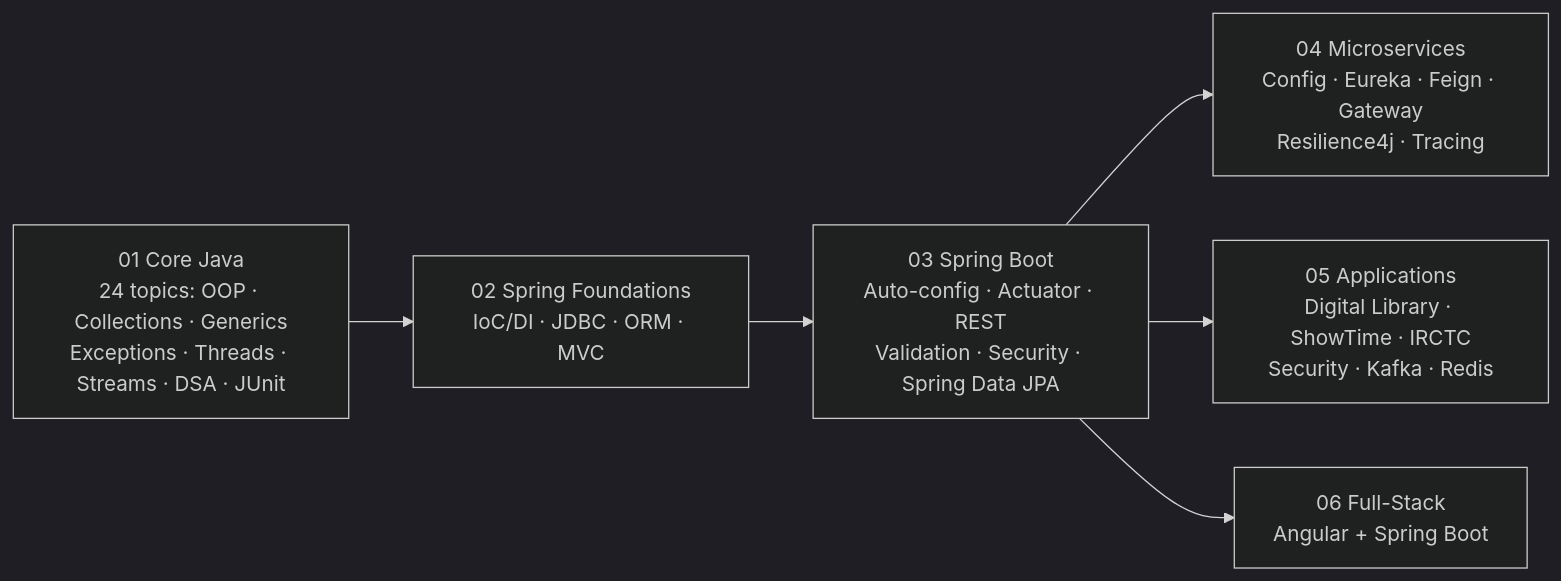
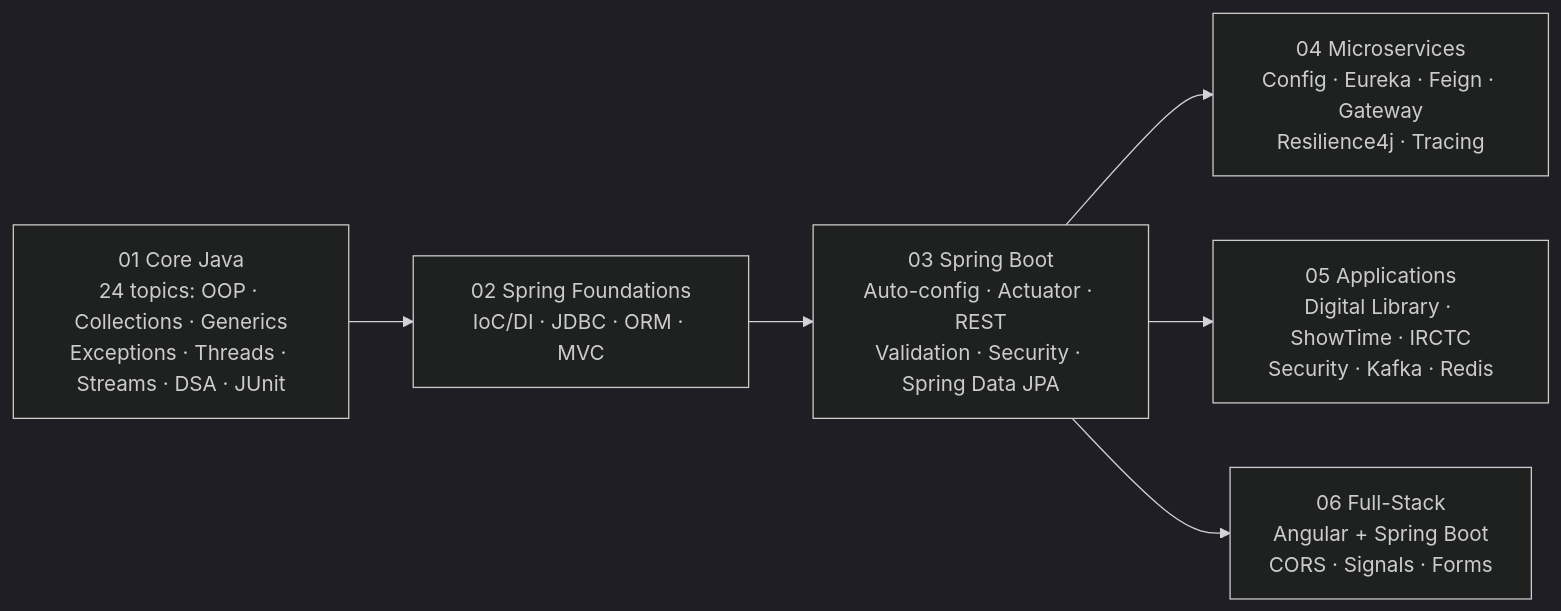
Before and after one commit to adityachauhan564/spring-framework: the diagram in README.md, drawn with Mermaid (dark theme). The commit also changed other lines of this file and 3 other files, not shown here.

````diff
--- a/README.md
+++ b/README.md
@@ -7,8 +7,8 @@
 ```mermaid
 flowchart LR
     A["01 Core Java<br/>24 topics: OOP · Collections · Generics<br/>Exceptions · Threads · Streams · DSA · JUnit"] --> B["02 Spring Foundations<br/>IoC/DI · JDBC · ORM · MVC"]
     B --> C["03 Spring Boot<br/>Auto-config · Actuator · REST<br/>Validation · Security · Spring Data JPA"]
     C --> D["04 Microservices<br/>Config · Eureka · Feign · Gateway<br/>Resilience4j · Tracing"]
     C --> E["05 Applications<br/>Digital Library · ShowTime · IRCTC<br/>Security · Kafka · Redis"]
-    C --> F["06 Full-Stack<br/>Angular + Spring Boot"]
+    C --> F["06 Full-Stack<br/>Angular + Spring Boot<br/>CORS · Signals · Forms"]
 ```
````
